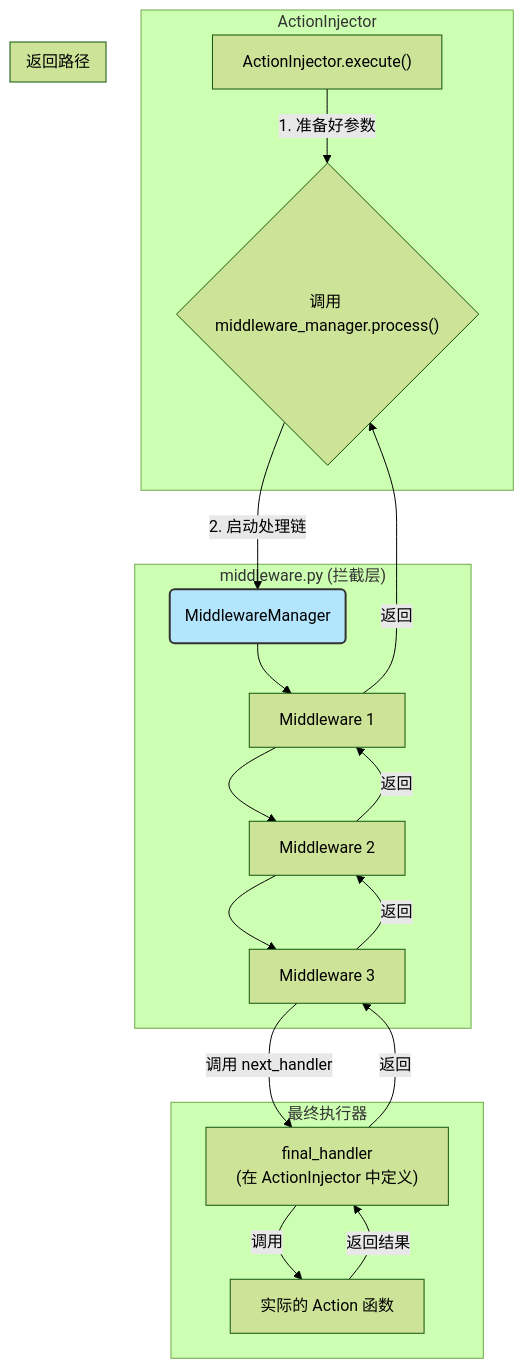
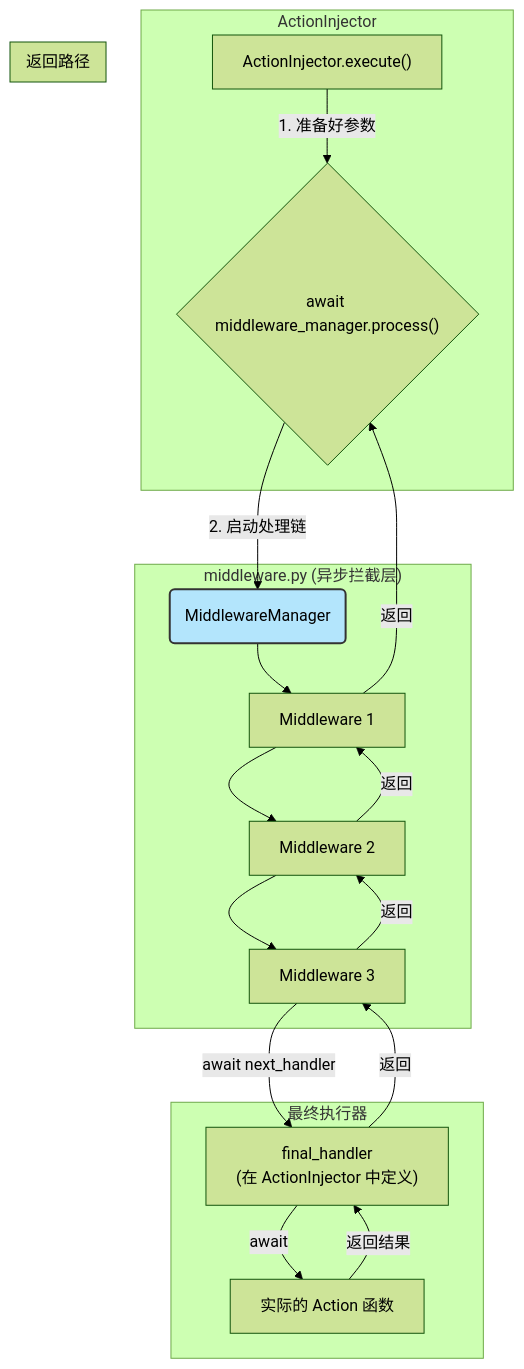
One commit to nightofknife/aura-framework changed the diagram in readme/core_doc/middleware.md. Above: the diagram before and after it, drawn with Mermaid (forest theme). The commit also changed other lines of this file and 22 other files, not shown here.

````diff
--- a/readme/core_doc/middleware.md
+++ b/readme/core_doc/middleware.md
@@ -17,34 +18,34 @@
 ```mermaid
 graph TD
     subgraph ActionInjector
-        A["ActionInjector.execute()"] -- "1. 准备好参数" --> B{"调用 middleware_manager.process()"}
+        A["ActionInjector.execute()"] -- "1. 准备好参数" --> B{"await middleware_manager.process()"}
     end
 
-    subgraph "middleware.py (拦截层)"
+    subgraph "middleware.py (异步拦截层)"
         MM(MiddlewareManager)
         M1[Middleware 1]
         M2[Middleware 2]
         M3[Middleware 3]
         B -- "2. 启动处理链" --> MM
         MM --> M1
         M1 --> M2
         M2 --> M3
     end
     
     subgraph "最终执行器"
         Final["final_handler <br> (在 ActionInjector 中定义)"]
         ActionFunc["实际的 Action 函数"]
-        M3 -- "调用 next_handler" --> Final
-        Final -- "调用" --> ActionFunc
+        M3 -- "await next_handler" --> Final
+        Final -- "await" --> ActionFunc
     end
 
     subgraph "返回路径"
         ActionFunc -- "返回结果" --> Final
         Final -- "返回" --> M3
         M3 -- "返回" --> M2
         M2 -- "返回" --> M1
         M1 -- "返回" --> B
     end
 
     style MM fill:#b3e5fc,stroke:#333,stroke-width:2px
 ```
````
